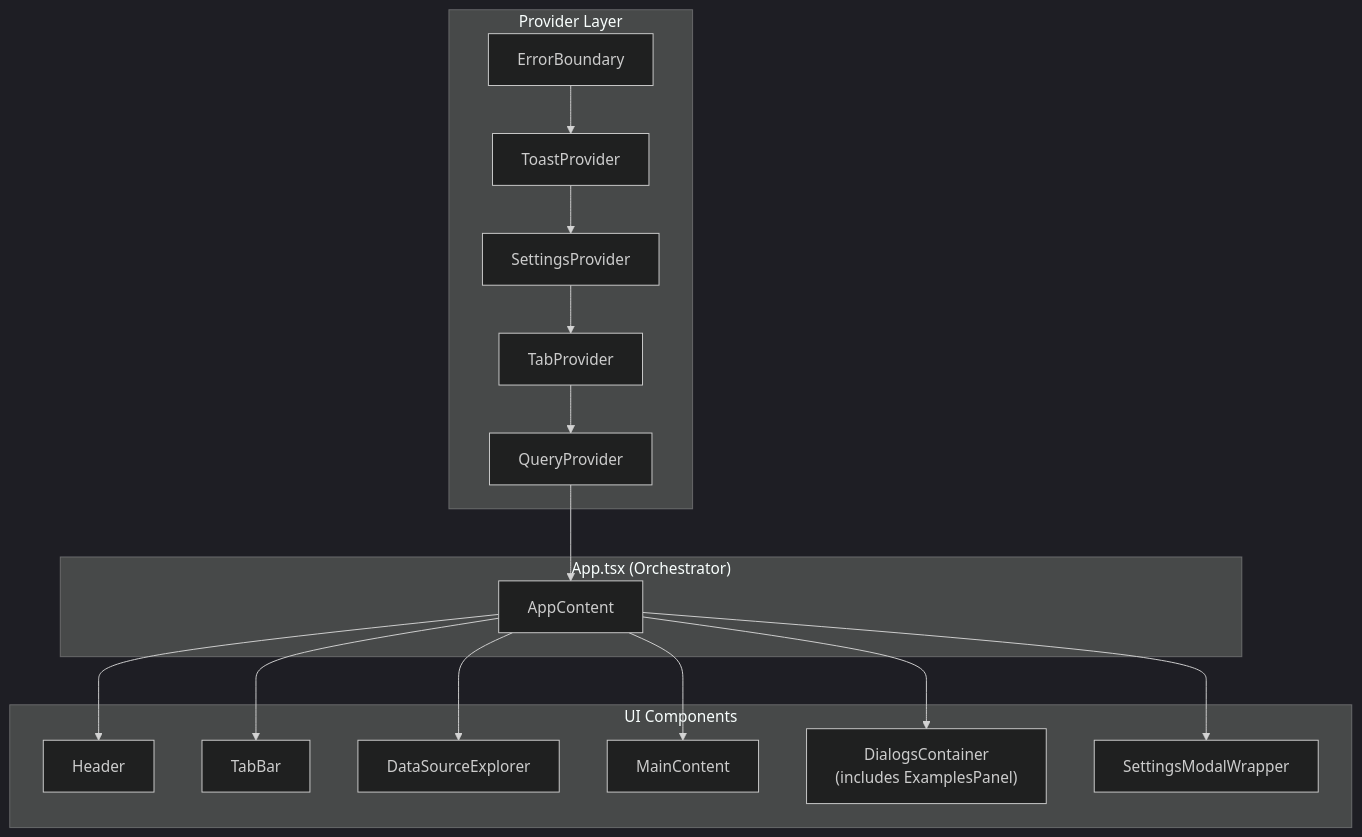
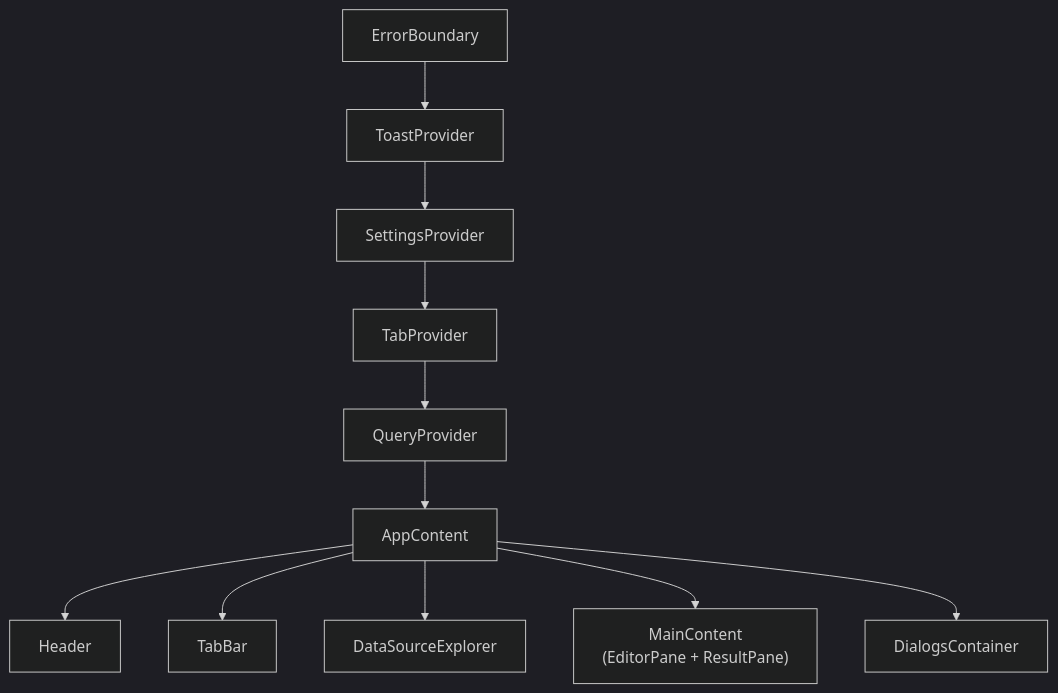
One commit to hfmsio/dbxlite changed the ninth of 9 diagrams in docs/ARCHITECTURE.md. Above: the diagram before and after it, drawn with Mermaid (dark theme). The commit also changed other lines of this file and 154 other files, not shown here.

````diff
--- a/docs/ARCHITECTURE.md
+++ b/docs/ARCHITECTURE.md
@@ -608,31 +337,13 @@
 ```mermaid
 flowchart TB
-    subgraph Providers["Provider Layer"]
-        Error["ErrorBoundary"]
-        Toast["ToastProvider"]
-        Settings["SettingsProvider"]
-        Tab["TabProvider"]
-        Query["QueryProvider"]
-    end
-
-    subgraph App["App.tsx (Orchestrator)"]
-        AppContent["AppContent"]
-    end
-
-    subgraph UI["UI Components"]
-        Header["Header"]
-        TabBar["TabBar"]
-        Explorer["DataSourceExplorer"]
-        Main["MainContent"]
-        Dialogs["DialogsContainer<br/>(includes ExamplesPanel)"]
-        SettingsModal["SettingsModalWrapper"]
-    end
-
-    Error --> Toast --> Settings --> Tab --> Query --> AppContent
-    AppContent --> Header
-    AppContent --> TabBar
-    AppContent --> Explorer
-    AppContent --> Main
-    AppContent --> Dialogs
-    AppContent --> SettingsModal
+    Error["ErrorBoundary"] --> Toast["ToastProvider"]
+    Toast --> Settings["SettingsProvider"]
+    Settings --> Tab["TabProvider"]
+    Tab --> Query["QueryProvider"]
+    Query --> App["AppContent"]
+    App --> Header
+    App --> TabBar
+    App --> Explorer["DataSourceExplorer"]
+    App --> Main["MainContent<br/>(EditorPane + ResultPane)"]
+    App --> Dialogs["DialogsContainer"]
 ```
````
